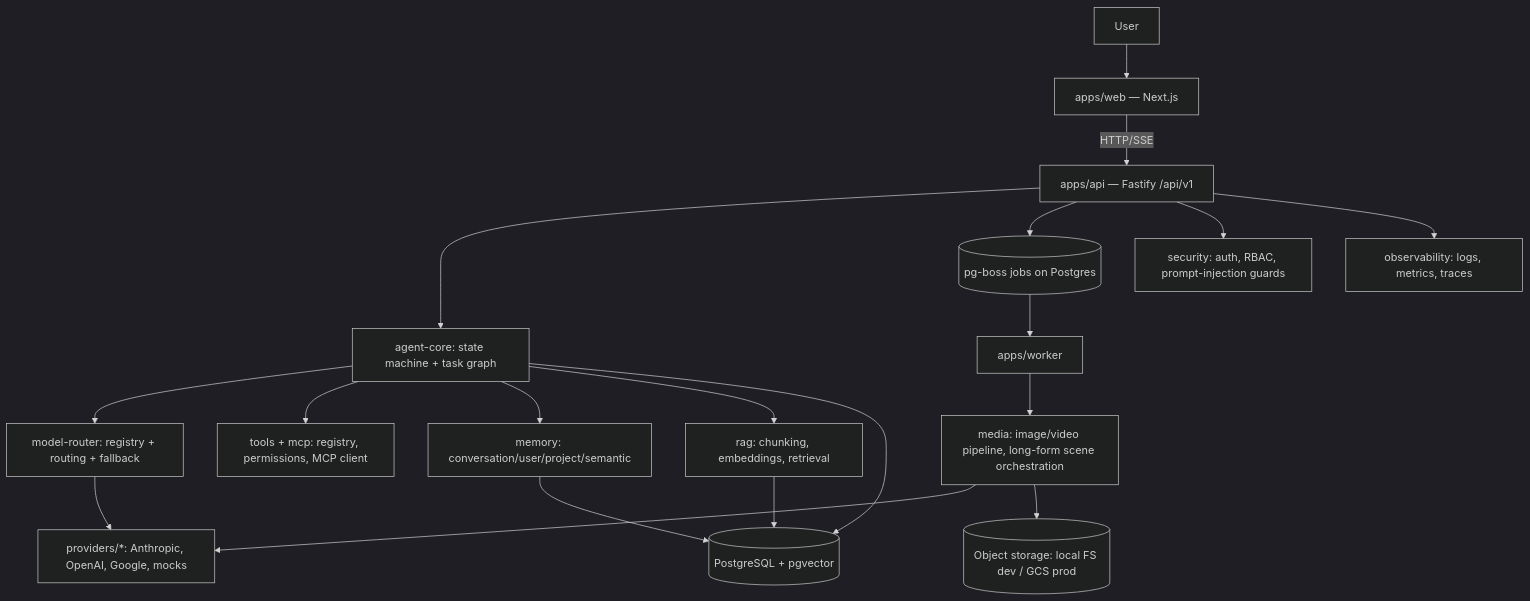
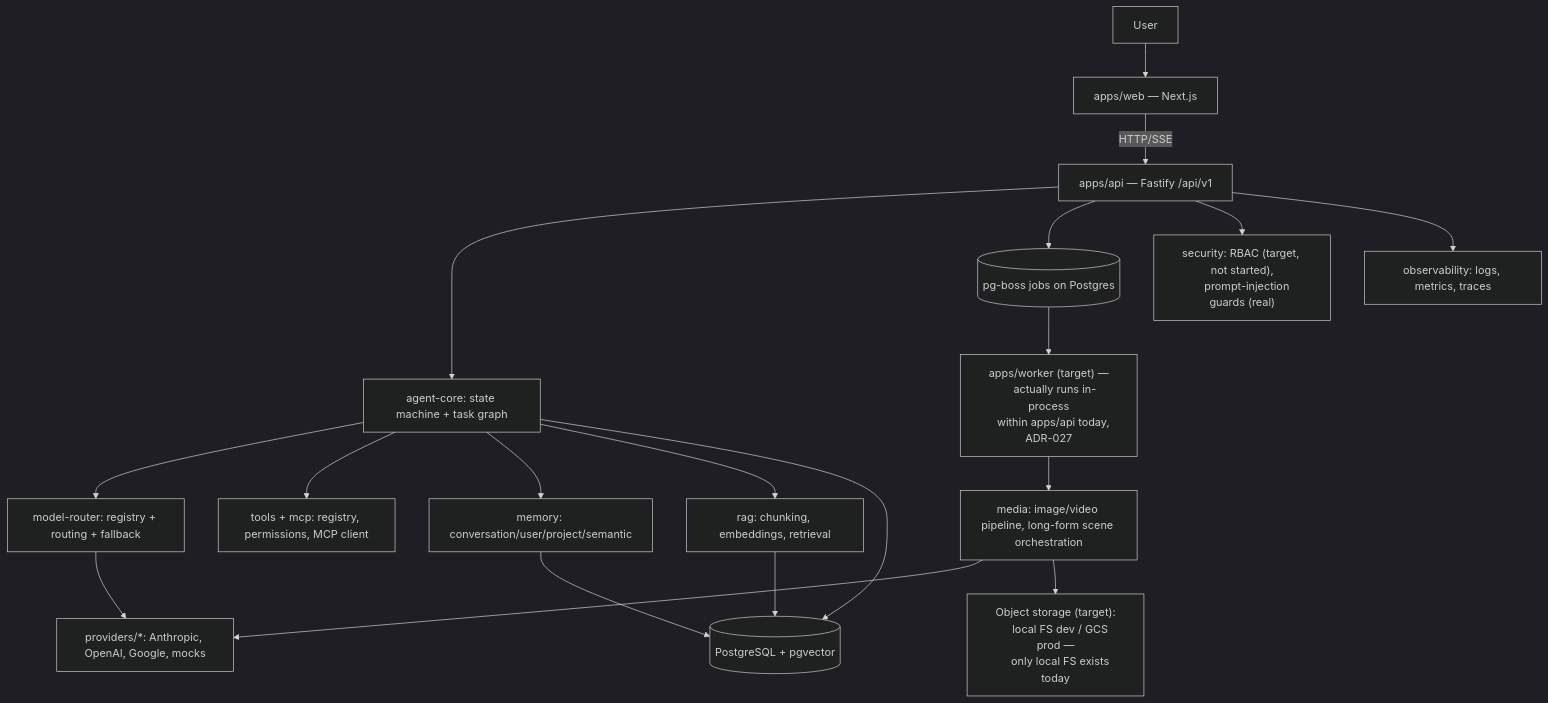
Before and after one commit to zolex12770/Smart-AI-Module: the diagram in docs/30_FINAL_SYSTEM_SPEC.md, drawn with Mermaid (dark theme). The commit also changed other lines of this file and 37 other files, not shown here.

````diff
--- a/docs/30_FINAL_SYSTEM_SPEC.md
+++ b/docs/30_FINAL_SYSTEM_SPEC.md
@@ -11,21 +11,26 @@
 ```mermaid
 flowchart TD
   user[User] --> web[apps/web — Next.js]
   web -->|HTTP/SSE| api[apps/api — Fastify /api/v1]
   api --> agentcore[agent-core: state machine + task graph]
   agentcore --> router[model-router: registry + routing + fallback]
   router --> providers[providers/*: Anthropic, OpenAI, Google, mocks]
   agentcore --> tools[tools + mcp: registry, permissions, MCP client]
   agentcore --> memory[memory: conversation/user/project/semantic]
   agentcore --> rag[rag: chunking, embeddings, retrieval]
   api --> jobs[(pg-boss jobs on Postgres)]
-  jobs --> worker[apps/worker]
+  jobs --> worker["apps/worker (target) —
+    actually runs in-process
+    within apps/api today, ADR-027"]
   worker --> media[media: image/video pipeline, long-form scene orchestration]
   media --> providers
   memory --> db[(PostgreSQL + pgvector)]
   rag --> db
   agentcore --> db
-  media --> storage[(Object storage: local FS dev / GCS prod)]
-  api --> security[security: auth, RBAC, prompt-injection guards]
+  media --> storage["Object storage (target):
+    local FS dev / GCS prod —
+    only local FS exists today"]
+  api --> security["security: RBAC (target, not started),
+    prompt-injection guards (real)"]
   api --> observability[observability: logs, metrics, traces]
 ```
````
